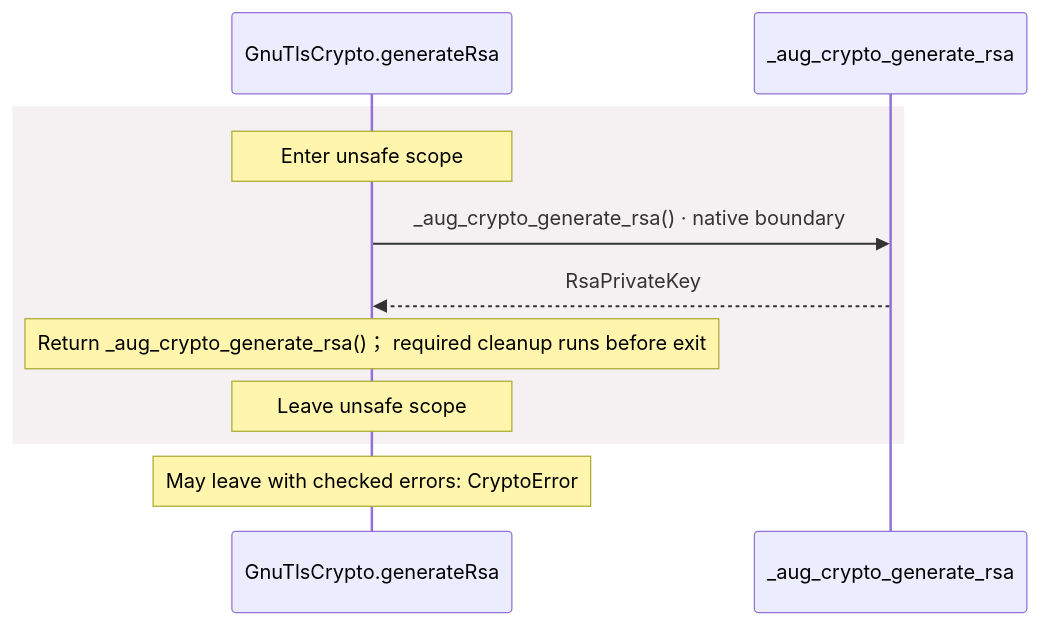
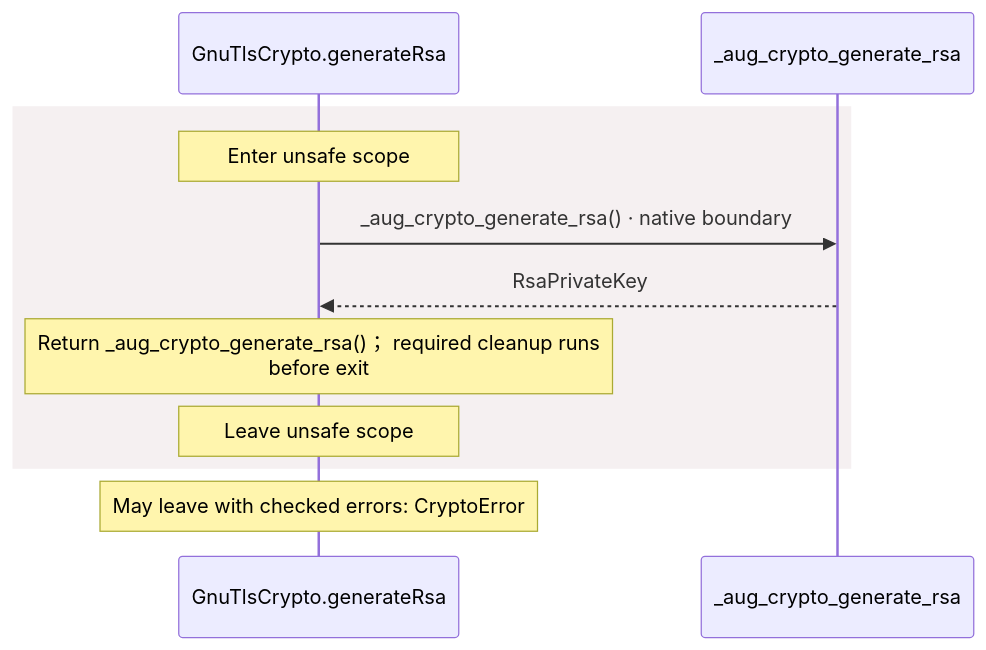
Before and after one commit to GreenPandaStudios/augscript: the sixth of 14 diagrams in docs/examples/oidc-login/dependencies/packages/@git/url_9ef654c66d34ab8f5527/0.0.0-git.b14a0f9aa41f1ce58bd51133bcdc424033e40d40/contracts-diagrams.md, drawn with Mermaid. The commit also changed other lines of this file and 200 other files, not shown here.

Commit message:
Group imported operations and wrap readable sequence messages

````diff
--- a/docs/examples/oidc-login/dependencies/packages/@git/url_9ef654c66d34ab8f5527/0.0.0-git.b14a0f9aa41f1ce58bd51133bcdc424033e40d40/contracts-diagrams.md
+++ b/docs/examples/oidc-login/dependencies/packages/@git/url_9ef654c66d34ab8f5527/0.0.0-git.b14a0f9aa41f1ce58bd51133bcdc424033e40d40/contracts-diagrams.md
@@ -331,13 +331,13 @@
 ```mermaid
 sequenceDiagram
     participant p0 as GnuTlsCrypto.generateRsa
     participant p1 as _aug_crypto_generate_rsa
     rect rgb(245, 240, 241)
     Note over p0: Enter unsafe scope
     p0->>p1: _aug_crypto_generate_rsa() · native boundary
     p1-->>p0: RsaPrivateKey
-    Note over p0: Return _aug_crypto_generate_rsa()； required cleanup runs before exit
+    Note over p0: Return _aug_crypto_generate_rsa()； required cleanup runs<br/>before exit
     Note over p0: Leave unsafe scope
     end
     Note over p0: May leave with checked errors: CryptoError
 ```
````
